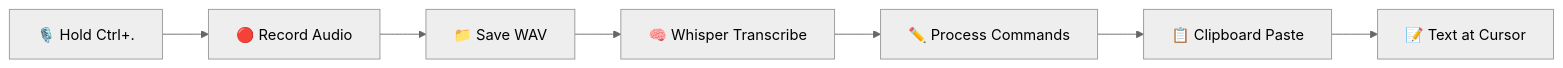
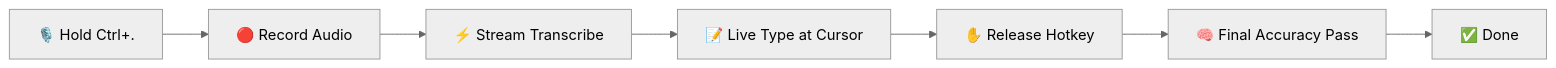
One commit to bhanreddy1973/TalkFlow changed the first of 9 diagrams in README.md. Above: the diagram before and after it, drawn with Mermaid (neutral theme). The commit also changed other lines of this file and 28 other files, not shown here.

````diff
--- a/README.md
+++ b/README.md
@@ -17,9 +17,9 @@
 ```mermaid
 flowchart LR
     A[🎙️ Hold Ctrl+.] --> B[🔴 Record Audio]
-    B --> C[📁 Save WAV]
-    C --> D[🧠 Whisper Transcribe]
-    D --> E[✏️ Process Commands]
-    E --> F[📋 Clipboard Paste]
-    F --> G[📝 Text at Cursor]
+    B --> C[⚡ Stream Transcribe]
+    C --> D[📝 Live Type at Cursor]
+    D --> E[✋ Release Hotkey]
+    E --> F[🧠 Final Accuracy Pass]
+    F --> G[✅ Done]
 ```
````
